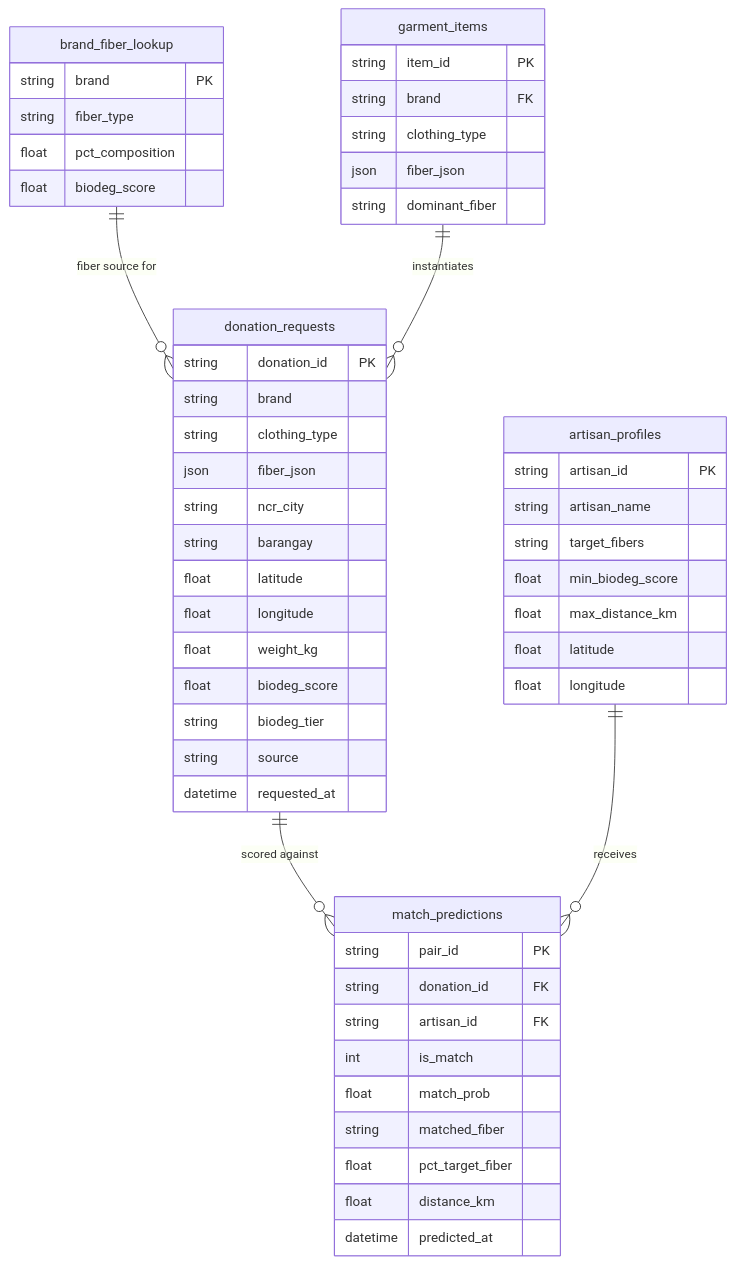
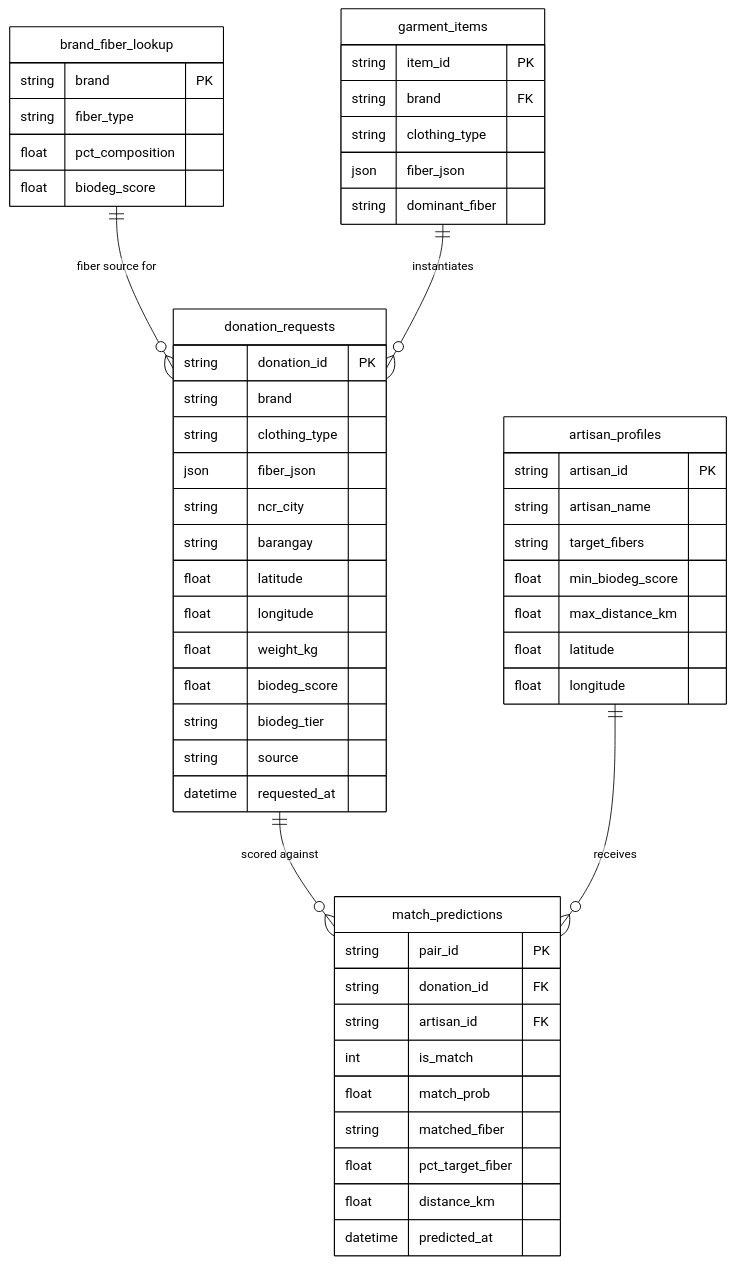
Before and after one commit to bakuncwa/weaveforward_fiber_model: the second of 2 diagrams in README.md, drawn with Mermaid. The commit also changed other lines of this file, not shown here.

Commit message:
Black-and-white Mermaid diagrams

````diff
--- a/README.md
+++ b/README.md
@@ -291,60 +291,61 @@
 ```mermaid
+%%{init: {'theme': 'base', 'flowchart': {'curve': 'step'}, 'themeVariables': {'primaryColor': '#ffffff', 'primaryBorderColor': '#000000', 'primaryTextColor': '#000000', 'lineColor': '#000000', 'secondaryColor': '#ffffff', 'tertiaryColor': '#ffffff', 'mainBkg': '#ffffff', 'nodeBorder': '#000000', 'clusterBkg': '#ffffff', 'clusterBorder': '#000000', 'edgeLabelBackground': '#ffffff', 'attributeBackgroundColorOdd': '#ffffff', 'attributeBackgroundColorEven': '#ffffff'}}}%%
 erDiagram
     donation_requests {
         string donation_id PK
         string brand
         string clothing_type
         json   fiber_json
         string ncr_city
         string barangay
         float  latitude
         float  longitude
         float  weight_kg
         float  biodeg_score
         string biodeg_tier
         string source
         datetime requested_at
     }
 
     artisan_profiles {
         string artisan_id PK
         string artisan_name
         string target_fibers
         float  min_biodeg_score
         float  max_distance_km
         float  latitude
         float  longitude
     }
 
     match_predictions {
         string   pair_id PK
         string   donation_id FK
         string   artisan_id FK
         int      is_match
         float    match_prob
         string   matched_fiber
         float    pct_target_fiber
         float    distance_km
         datetime predicted_at
     }
 
     brand_fiber_lookup {
         string brand PK
         string fiber_type
         float  pct_composition
         float  biodeg_score
     }
 
     garment_items {
         string item_id PK
         string brand FK
         string clothing_type
         json   fiber_json
         string dominant_fiber
     }
 
     donation_requests ||--o{ match_predictions : "scored against"
     artisan_profiles  ||--o{ match_predictions : "receives"
     brand_fiber_lookup ||--o{ donation_requests : "fiber source for"
     garment_items     ||--o{ donation_requests  : "instantiates"
 ```
````
